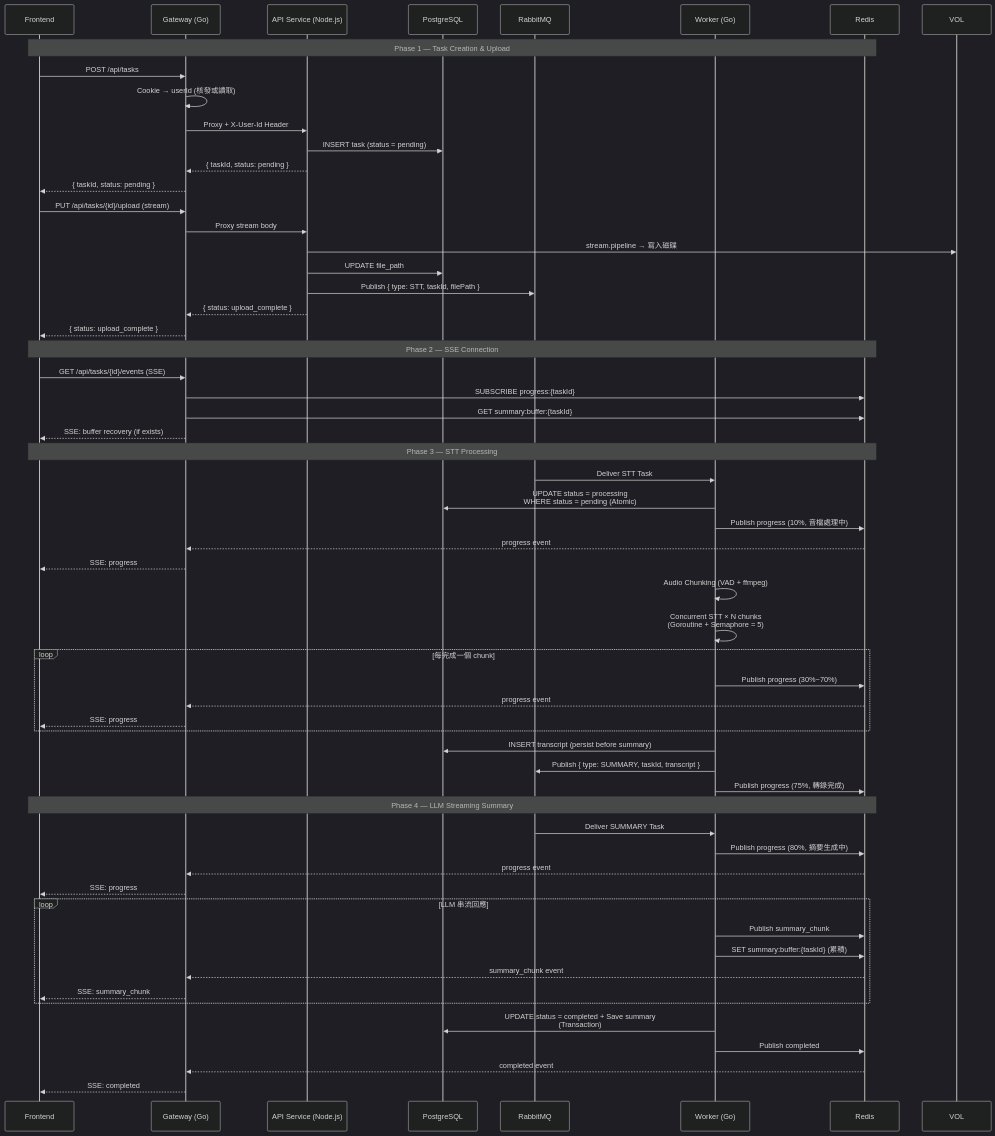
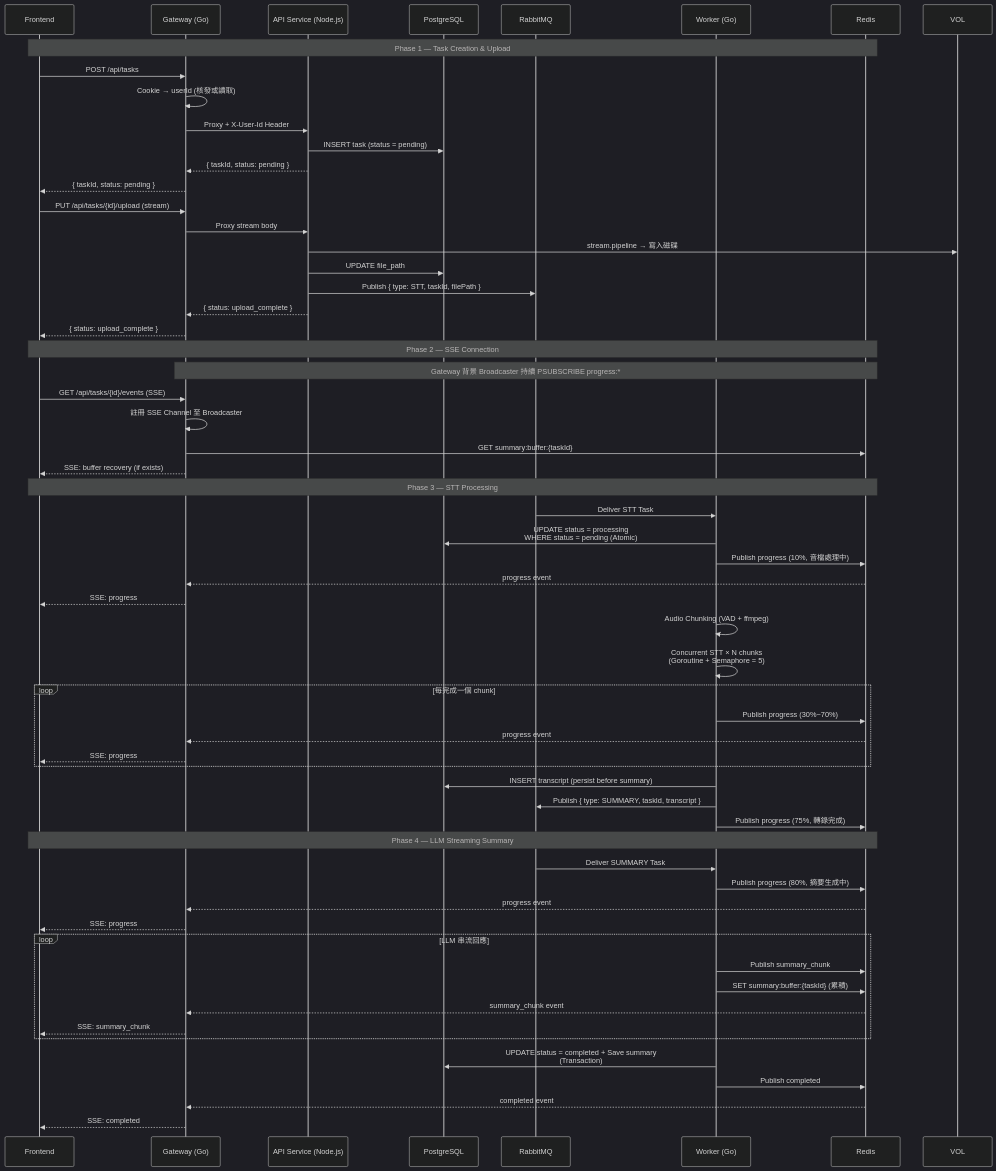
One commit to firehourse/stt-summarizer changed the second of 5 diagrams in diagram.md. Above: the diagram before and after it, drawn with Mermaid (dark theme). The commit also changed other lines of this file and 6 other files, not shown here.

First line of the commit message:
refactor(gateway): enhance broadcaster concurrency and thread-safety

````diff
--- a/diagram.md
+++ b/diagram.md
@@ -70,74 +70,75 @@
 ```mermaid
 sequenceDiagram
     participant FE as Frontend
     participant GW as Gateway (Go)
     participant API as API Service (Node.js)
     participant PG as PostgreSQL
     participant MQ as RabbitMQ
     participant WK as Worker (Go)
     participant RD as Redis
 
     Note over FE,RD: Phase 1 — Task Creation & Upload
 
     FE->>GW: POST /api/tasks
     GW->>GW: Cookie → userId (核發或讀取)
     GW->>API: Proxy + X-User-Id Header
     API->>PG: INSERT task (status = pending)
     API-->>GW: { taskId, status: pending }
     GW-->>FE: { taskId, status: pending }
 
     FE->>GW: PUT /api/tasks/{id}/upload (stream)
     GW->>API: Proxy stream body
     API->>VOL: stream.pipeline → 寫入磁碟
     API->>PG: UPDATE file_path
     API->>MQ: Publish { type: STT, taskId, filePath }
     API-->>GW: { status: upload_complete }
     GW-->>FE: { status: upload_complete }
 
     Note over FE,RD: Phase 2 — SSE Connection
 
+    Note over GW,RD: Gateway 背景 Broadcaster 持續 PSUBSCRIBE progress:*
     FE->>GW: GET /api/tasks/{id}/events (SSE)
-    GW->>RD: SUBSCRIBE progress:{taskId}
+    GW->>GW: 註冊 SSE Channel 至 Broadcaster
     GW->>RD: GET summary:buffer:{taskId}
     GW-->>FE: SSE: buffer recovery (if exists)
 
     Note over FE,RD: Phase 3 — STT Processing
 
     MQ->>WK: Deliver STT Task
     WK->>PG: UPDATE status = processing<br/>WHERE status = pending (Atomic)
     WK->>RD: Publish progress (10%, 音檔處理中)
     RD-->>GW: progress event
     GW-->>FE: SSE: progress
 
     WK->>WK: Audio Chunking (VAD + ffmpeg)
     WK->>WK: Concurrent STT × N chunks<br/>(Goroutine + Semaphore = 5)
 
     loop 每完成一個 chunk
         WK->>RD: Publish progress (30%~70%)
         RD-->>GW: progress event
         GW-->>FE: SSE: progress
     end
 
     WK->>PG: INSERT transcript (persist before summary)
     WK->>MQ: Publish { type: SUMMARY, taskId, transcript }
     WK->>RD: Publish progress (75%, 轉錄完成)
 
     Note over FE,RD: Phase 4 — LLM Streaming Summary
 
     MQ->>WK: Deliver SUMMARY Task
     WK->>RD: Publish progress (80%, 摘要生成中)
     RD-->>GW: progress event
     GW-->>FE: SSE: progress
 
     loop LLM 串流回應
         WK->>RD: Publish summary_chunk
         WK->>RD: SET summary:buffer:{taskId} (累積)
         RD-->>GW: summary_chunk event
         GW-->>FE: SSE: summary_chunk
     end
 
     WK->>PG: UPDATE status = completed + Save summary<br/>(Transaction)
     WK->>RD: Publish completed
     RD-->>GW: completed event
     GW-->>FE: SSE: completed
 ```
````
